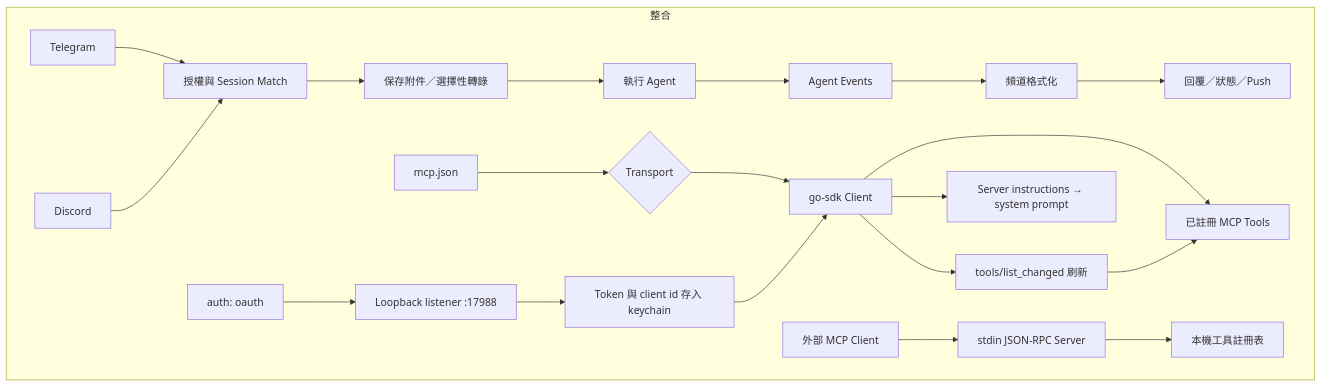
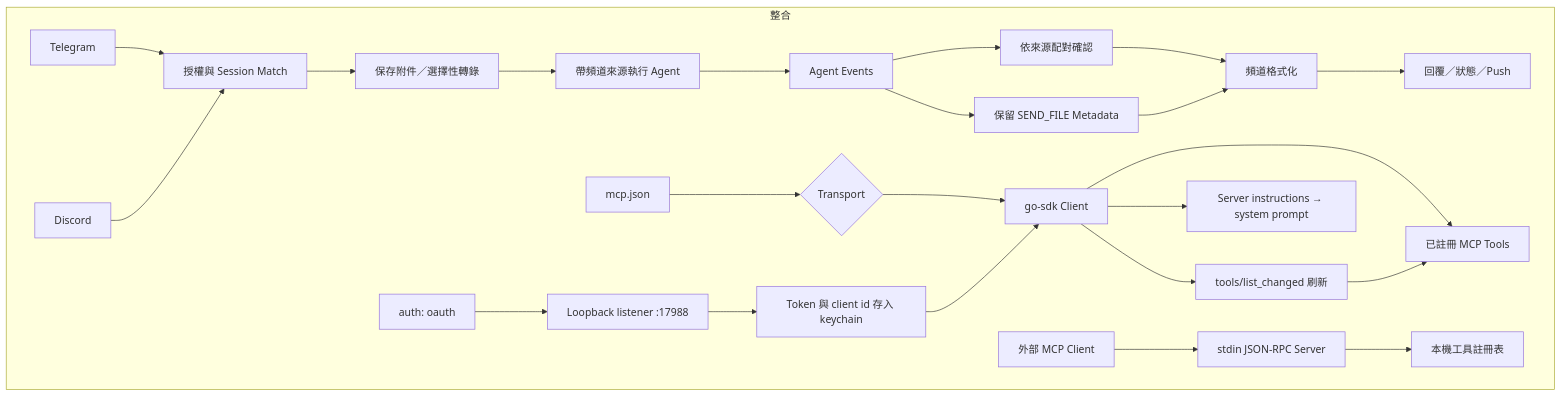
The ninth of 12 diagrams in doc/architecture.zh.md (agenvoy/Agenvoy), drawn with Mermaid before and after one commit. The commit also changed other lines of this file and 7 other files, not shown here.

````diff
--- a/doc/architecture.zh.md
+++ b/doc/architecture.zh.md
@@ -182,24 +184,27 @@
 ```mermaid
 graph TB
     subgraph Integrations[整合]
         Telegram[Telegram] --> Auth[授權與 Session Match]
         Discord[Discord] --> Auth
         Auth --> Attachments[保存附件／選擇性轉錄]
-        Attachments --> ChatRun[執行 Agent]
+        Attachments --> ChatRun[帶頻道來源執行 Agent]
         ChatRun --> Events[Agent Events]
-        Events --> Format[頻道格式化]
+        Events --> Confirm[依來源配對確認]
+        Confirm --> Format[頻道格式化]
+        Events --> FileMarker[保留 SEND_FILE Metadata]
+        FileMarker --> Format
         Format --> Reply[回覆／狀態／Push]
 
         MCPConfig[mcp.json] --> Transport{Transport}
         Transport --> SDKClient[go-sdk Client]
         SDKClient --> MCPTools[已註冊 MCP Tools]
         SDKClient --> Refresh[tools/list_changed 刷新]
         Refresh --> MCPTools
         SDKClient --> Instructions[Server instructions → system prompt]
         OAuth[auth: oauth] --> Callback[Loopback listener :17988]
         Callback --> Token[Token 與 client id 存入 keychain]
         Token --> SDKClient
         ExternalClient[外部 MCP Client] --> LocalMCP[stdin JSON-RPC Server]
         LocalMCP --> Tools[本機工具註冊表]
     end
 ```
````
